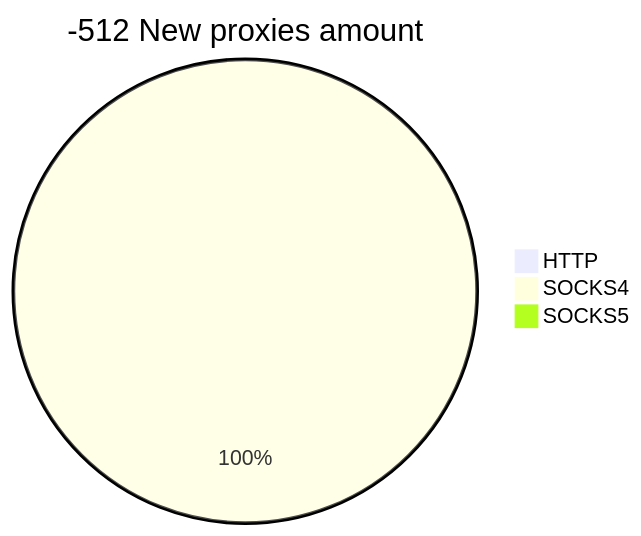
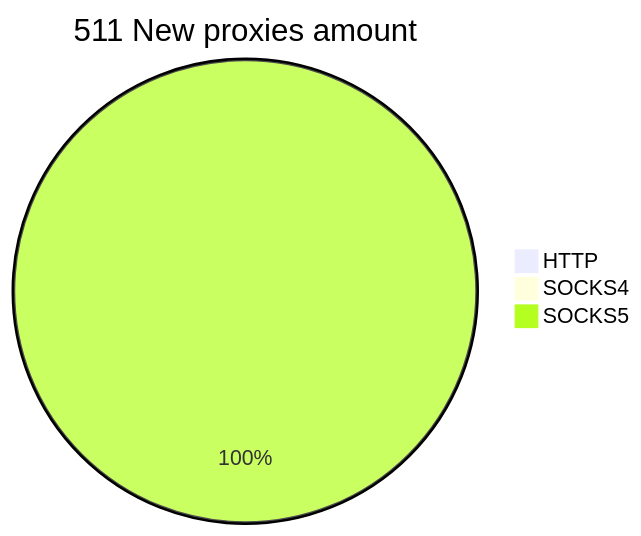
The second of 2 diagrams in README.md (cutipu/proxylist), drawn with Mermaid before and after one commit. The commit also changed other lines of this file, not shown here.

````diff
--- a/README.md
+++ b/README.md
@@ -10,6 +10,6 @@
 ```mermaid
-pie title -512 New proxies amount
+pie title 511 New proxies amount
     "HTTP" : 0
-    "SOCKS4" : 1
-    "SOCKS5" : 0
+    "SOCKS4" : 0
+    "SOCKS5" : 511
 ```
````
